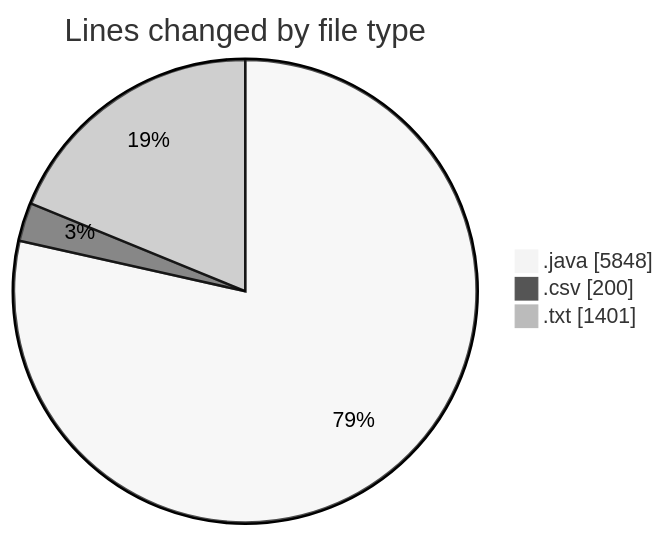
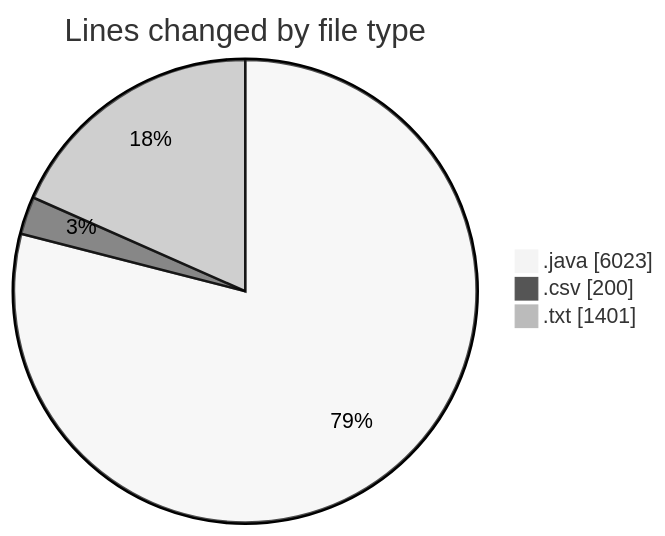
Before and after one commit to ricardozamudiocil/code-tracking: the first of 2 diagrams in 2026-03-24/cilapp/README.md, drawn with Mermaid (neutral theme). The commit also changed other lines of this file and 1 other file, not shown here.

````diff
--- a/2026-03-24/cilapp/README.md
+++ b/2026-03-24/cilapp/README.md
@@ -29,7 +30,7 @@
 ```mermaid
 pie showData
 title Lines changed by file type
-".java" : 5848
+".java" : 6023
 ".csv" : 200
 ".txt" : 1401
 ```
````
